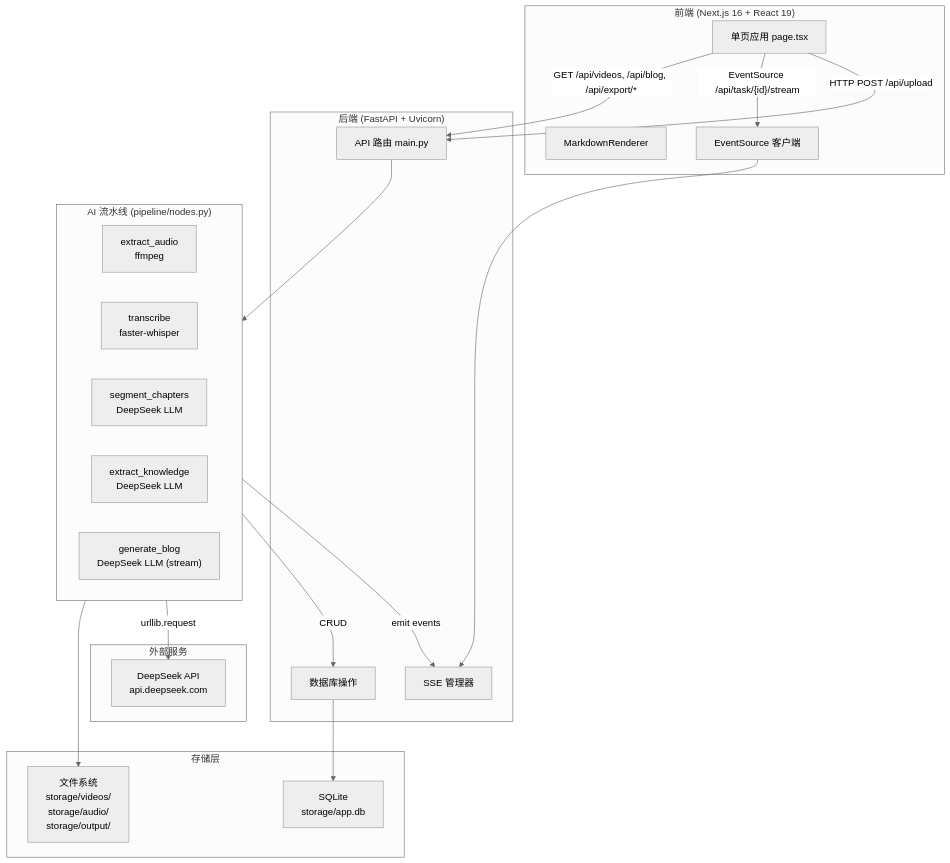
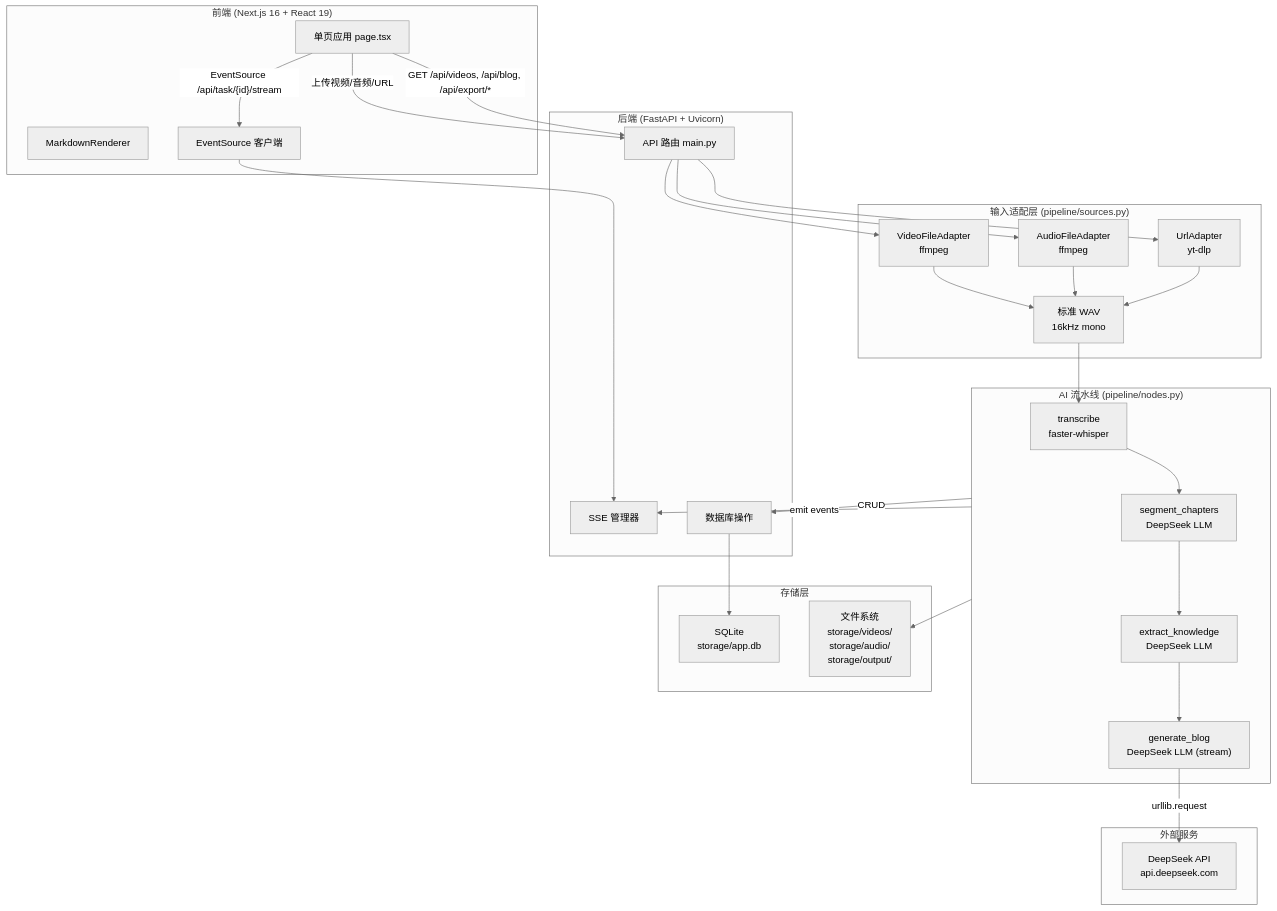
Before and after one commit to guyue356/Video2TechBlog: the first of 3 diagrams in README.md, drawn with Mermaid (neutral theme). The commit also changed other lines of this file and 22 other files, not shown here.

````diff
--- a/README.md
+++ b/README.md
@@ -100,42 +104,50 @@
 ```mermaid
 graph TB
     subgraph Frontend["前端 (Next.js 16 + React 19)"]
         UI["单页应用 page.tsx"]
         MR["MarkdownRenderer"]
         SSE_Client["EventSource 客户端"]
     end
 
     subgraph Backend["后端 (FastAPI + Uvicorn)"]
         API["API 路由 main.py"]
         SSE_Server["SSE 管理器"]
         DB_Operations["数据库操作"]
     end
 
+    subgraph Sources["输入适配层 (pipeline/sources.py)"]
+        VA["VideoFileAdapter<br/>ffmpeg"]
+        AA["AudioFileAdapter<br/>ffmpeg"]
+        UA["UrlAdapter<br/>yt-dlp"]
+        WAV["标准 WAV<br/>16kHz mono"]
+    end
+
     subgraph Pipeline["AI 流水线 (pipeline/nodes.py)"]
-        P1["extract_audio<br/>ffmpeg"]
         P2["transcribe<br/>faster-whisper"]
         P3["segment_chapters<br/>DeepSeek LLM"]
         P4["extract_knowledge<br/>DeepSeek LLM"]
         P5["generate_blog<br/>DeepSeek LLM (stream)"]
     end
 
     subgraph Storage["存储层"]
         SQLite["SQLite<br/>storage/app.db"]
         Files["文件系统<br/>storage/videos/<br/>storage/audio/<br/>storage/output/"]
     end
 
     subgraph External["外部服务"]
         DeepSeek["DeepSeek API<br/>api.deepseek.com"]
     end
 
-    UI -->|"HTTP POST /api/upload"| API
+    UI -->|"上传视频/音频/URL"| API
     UI -->|"EventSource /api/task/{id}/stream"| SSE_Client
     SSE_Client --> SSE_Server
-    API --> Pipeline
-    Pipeline -->|"urllib.request"| DeepSeek
+    API --> VA & AA & UA
+    VA & AA & UA --> WAV
+    WAV --> P2 --> P3 --> P4 --> P5
+    P5 -->|"urllib.request"| DeepSeek
     Pipeline -->|"emit events"| SSE_Server
     Pipeline -->|"CRUD"| DB_Operations
     DB_Operations --> SQLite
     Pipeline --> Files
     UI -->|"GET /api/videos, /api/blog, /api/export/*"| API
 ```
````
